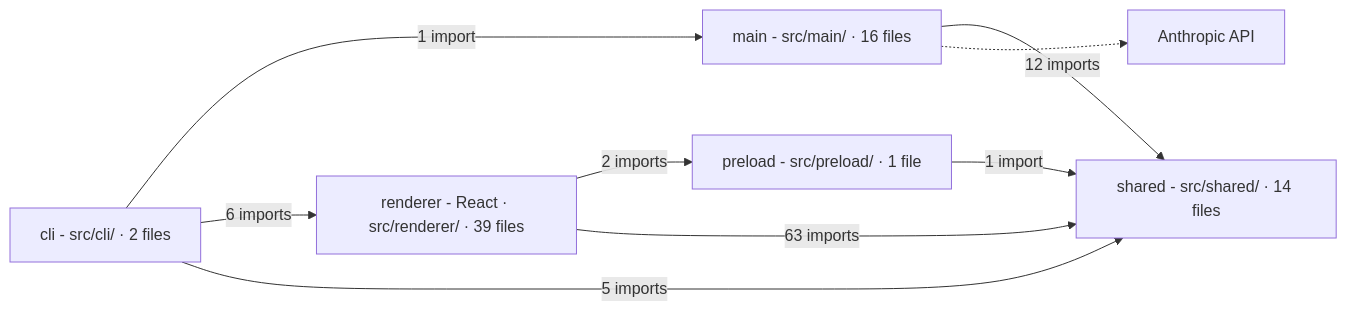
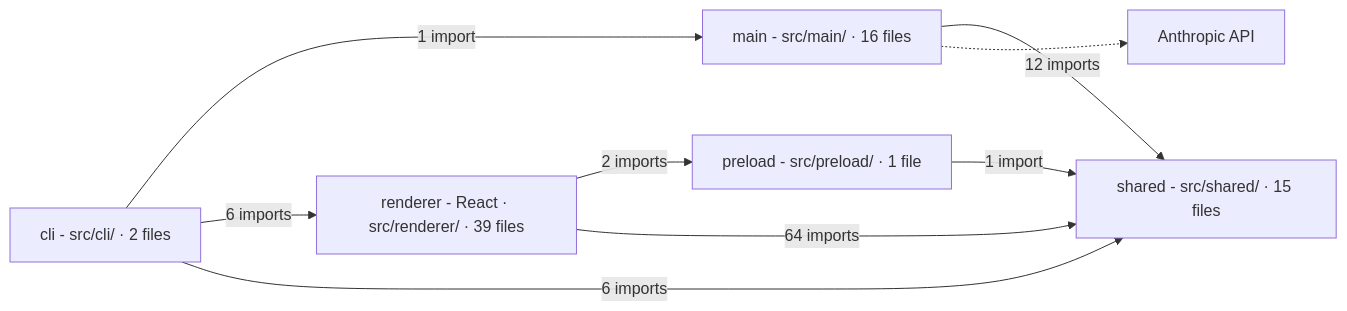
The diagram in docs/architecture.md (Sarthak-47/crtgrphr), drawn with Mermaid before and after one commit. The commit also changed other lines of this file and 11 other files, not shown here.

````diff
--- a/docs/architecture.md
+++ b/docs/architecture.md
@@ -3,20 +3,20 @@
 ```mermaid
 flowchart LR
   dir_src_cli["cli - src/cli/ · 2 files"]
   dir_src_main["main - src/main/ · 16 files"]
   dir_src_preload["preload - src/preload/ · 1 file"]
   dir_src_renderer["renderer - React · src/renderer/ · 39 files"]
-  dir_src_shared["shared - src/shared/ · 14 files"]
+  dir_src_shared["shared - src/shared/ · 15 files"]
   anthropic_api["Anthropic API"]
   dir_src_cli -->|"1 import"| dir_src_main
   dir_src_cli -->|"6 imports"| dir_src_renderer
-  dir_src_cli -->|"5 imports"| dir_src_shared
+  dir_src_cli -->|"6 imports"| dir_src_shared
   dir_src_main -->|"12 imports"| dir_src_shared
   dir_src_preload -->|"1 import"| dir_src_shared
   dir_src_renderer -->|"2 imports"| dir_src_preload
-  dir_src_renderer -->|"63 imports"| dir_src_shared
+  dir_src_renderer -->|"64 imports"| dir_src_shared
   dir_src_main -.-> anthropic_api
   class dir_src_cli,dir_src_main,dir_src_preload,dir_src_shared backend
   class dir_src_renderer frontend
   class anthropic_api service
 ```
````
